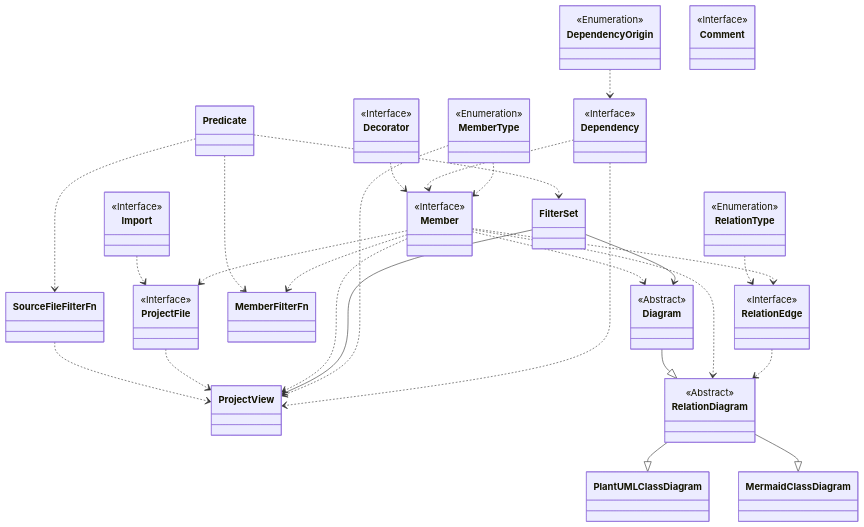
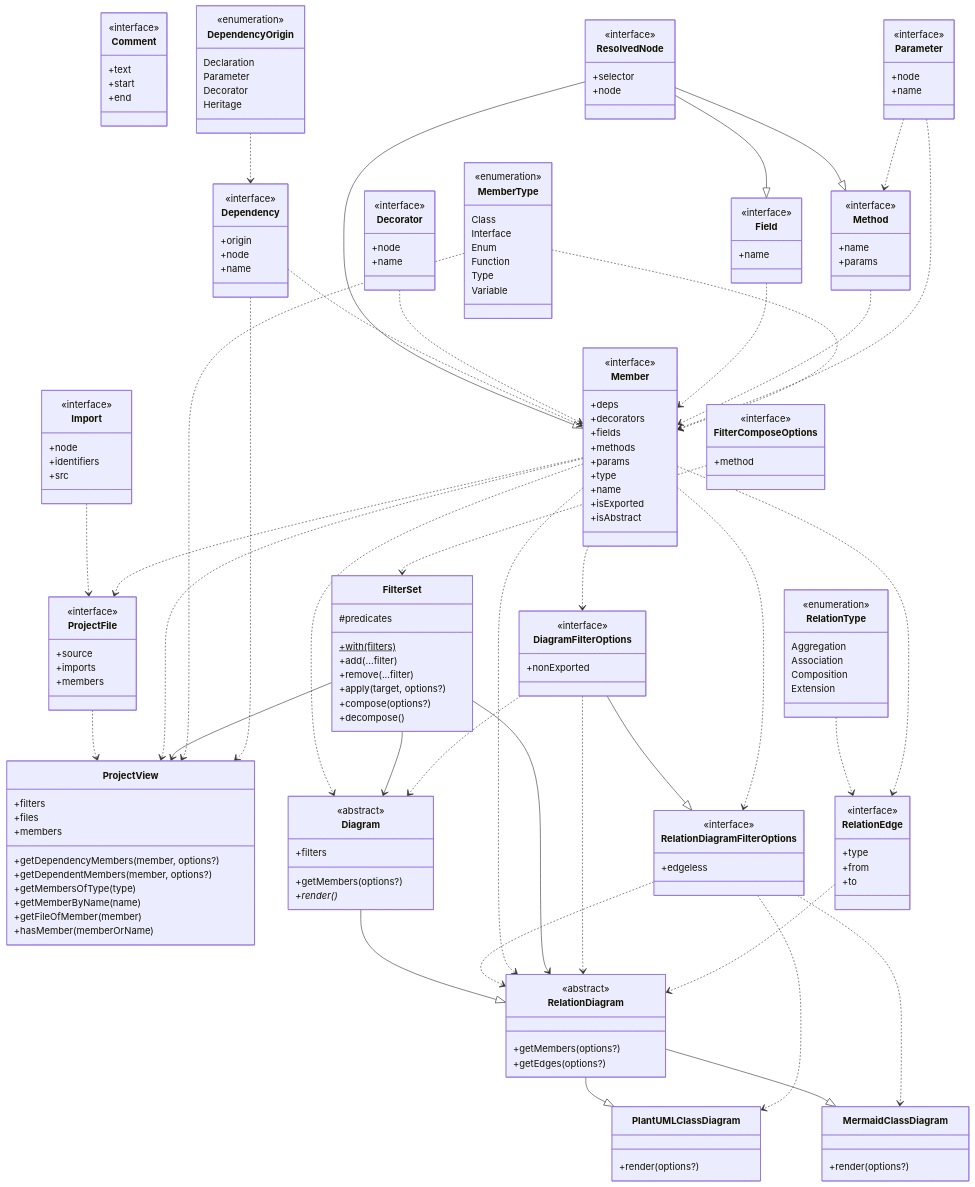
Before and after one commit to JanUnld/tsplot: the diagram in README.md, drawn with Mermaid. The commit also changed 14 other files, not shown here.

Commit message:
feat: mermaid integration and visibility rendering

````diff
--- a/README.md
+++ b/README.md
@@ -38,59 +38,155 @@
 ```mermaid
 classDiagram
-  class Import
-  <<Interface>> Import
-  class Decorator
-  <<Interface>> Decorator
-  class Dependency
-  <<Interface>> Dependency
-  class DependencyOrigin
-  <<Enumeration>> DependencyOrigin
-  class Member
-  <<Interface>> Member
-  class MemberType
-  <<Enumeration>> MemberType
-  class ProjectFile
-  <<Interface>> ProjectFile
-  class FilterSet
-  class Predicate
-  class SourceFileFilterFn
-  class MemberFilterFn
-  class ProjectView
-  class Diagram
-  <<Abstract>> Diagram
-  class RelationDiagram
-  <<Abstract>> RelationDiagram
-  class RelationEdge
-  <<Interface>> RelationEdge
-  class RelationType
-  <<Enumeration>> RelationType
-  class PlantUMLClassDiagram
-  class MermaidClassDiagram
-  class Comment
-  <<Interface>> Comment
-  DependencyOrigin ..> Dependency
-  Decorator ..> Member
-  Dependency ..> Member
-  MemberType ..> Member
-  Import ..> ProjectFile
-  Member ..> ProjectFile
-  Predicate ..> FilterSet
-  Predicate ..> SourceFileFilterFn
-  Predicate ..> MemberFilterFn
-  Member ..> MemberFilterFn
-  SourceFileFilterFn ..> ProjectView
-  ProjectFile ..> ProjectView
-  Member ..> ProjectView
-  FilterSet --> ProjectView
-  MemberType ..> ProjectView
-  Dependency ..> ProjectView
-  Member ..> Diagram
-  FilterSet --> Diagram
-  Diagram --|> RelationDiagram
-  Member ..> RelationDiagram
-  RelationEdge ..> RelationDiagram
-  RelationType ..> RelationEdge
-  Member ..> RelationEdge
-  RelationDiagram --|> PlantUMLClassDiagram
-  RelationDiagram --|> MermaidClassDiagram
+  class Import["Import"]
+  <<interface>> Import
+  Import : +node
+  Import : +identifiers
+  Import : +src
+  class Comment["Comment"]
+  <<interface>> Comment
+  Comment : +text
+  Comment : +start
+  Comment : +end
+  class ResolvedNode["ResolvedNode"]
+  <<interface>> ResolvedNode
+  ResolvedNode : +selector
+  ResolvedNode : +node
+  class Decorator["Decorator"]
+  <<interface>> Decorator
+  Decorator : +node
+  Decorator : +name
+  class Dependency["Dependency"]
+  <<interface>> Dependency
+  Dependency : +origin
+  Dependency : +node
+  Dependency : +name
+  class DependencyOrigin["DependencyOrigin"]
+  <<enumeration>> DependencyOrigin
+  DependencyOrigin : Declaration
+  DependencyOrigin : Parameter
+  DependencyOrigin : Decorator
+  DependencyOrigin : Heritage
+  class Field["Field"]
+  <<interface>> Field
+  Field : +name
+  class Parameter["Parameter"]
+  <<interface>> Parameter
+  Parameter : +node
+  Parameter : +name
+  class Method["Method"]
+  <<interface>> Method
+  Method : +name
+  Method : +params
+  class Member["Member"]
+  <<interface>> Member
+  Member : +deps
+  Member : +decorators
+  Member : +fields
+  Member : +methods
+  Member : +params
+  Member : +type
+  Member : +name
+  Member : +isExported
+  Member : +isAbstract
+  class MemberType["MemberType"]
+  <<enumeration>> MemberType
+  MemberType : Class
+  MemberType : Interface
+  MemberType : Enum
+  MemberType : Function
+  MemberType : Type
+  MemberType : Variable
+  class ProjectFile["ProjectFile"]
+  <<interface>> ProjectFile
+  ProjectFile : +source
+  ProjectFile : +imports
+  ProjectFile : +members
+  class FilterSet["FilterSet"]
+  FilterSet : #predicates
+  FilterSet : +with(filters)$
+  FilterSet : +add(...filter)
+  FilterSet : +remove(...filter)
+  FilterSet : +apply(target, options?)
+  FilterSet : +compose(options?)
+  FilterSet : +decompose()
+  class FilterComposeOptions["FilterComposeOptions"]
+  <<interface>> FilterComposeOptions
+  FilterComposeOptions : +method
+  class ProjectView["ProjectView"]
+  ProjectView : +filters
+  ProjectView : +files
+  ProjectView : +members
+  ProjectView : +getDependencyMembers(member, options?)
+  ProjectView : +getDependentMembers(member, options?)
+  ProjectView : +getMembersOfType(type)
+  ProjectView : +getMemberByName(name)
+  ProjectView : +getFileOfMember(member)
+  ProjectView : +hasMember(memberOrName)
+  class Diagram["Diagram"]
+  <<abstract>> Diagram
+  Diagram : +filters
+  Diagram : +getMembers(options?)
+  Diagram : +render()*
+  class DiagramFilterOptions["DiagramFilterOptions"]
+  <<interface>> DiagramFilterOptions
+  DiagramFilterOptions : +nonExported
+  class RelationDiagram["RelationDiagram"]
+  <<abstract>> RelationDiagram
+  RelationDiagram : +getMembers(options?)
+  RelationDiagram : +getEdges(options?)
+  class RelationEdge["RelationEdge"]
+  <<interface>> RelationEdge
+  RelationEdge : +type
+  RelationEdge : +from
+  RelationEdge : +to
+  class RelationDiagramFilterOptions["RelationDiagramFilterOptions"]
+  <<interface>> RelationDiagramFilterOptions
+  RelationDiagramFilterOptions : +edgeless
+  class RelationType["RelationType"]
+  <<enumeration>> RelationType
+  RelationType : Aggregation
+  RelationType : Association
+  RelationType : Composition
+  RelationType : Extension
+  class PlantUMLClassDiagram["PlantUMLClassDiagram"]
+  PlantUMLClassDiagram : +render(options?)
+  class MermaidClassDiagram["MermaidClassDiagram"]
+  MermaidClassDiagram : +render(options?)
+  DependencyOrigin..>Dependency
+  ResolvedNode--|>Field
+  ResolvedNode--|>Method
+  Parameter..>Method
+  ResolvedNode--|>Member
+  Dependency..>Member
+  Decorator..>Member
+  Field..>Member
+  Method..>Member
+  Parameter..>Member
+  MemberType..>Member
+  Import..>ProjectFile
+  Member..>ProjectFile
+  FilterComposeOptions..>FilterSet
+  ProjectFile..>ProjectView
+  Member..>ProjectView
+  FilterSet-->ProjectView
+  MemberType..>ProjectView
+  Dependency..>ProjectView
+  Member..>Diagram
+  FilterSet-->Diagram
+  DiagramFilterOptions..>Diagram
+  Member..>DiagramFilterOptions
+  Diagram--|>RelationDiagram
+  RelationDiagramFilterOptions..>RelationDiagram
+  Member..>RelationDiagram
+  FilterSet-->RelationDiagram
+  DiagramFilterOptions..>RelationDiagram
+  RelationEdge..>RelationDiagram
+  RelationType..>RelationEdge
+  Member..>RelationEdge
+  DiagramFilterOptions--|>RelationDiagramFilterOptions
+  Member..>RelationDiagramFilterOptions
+  RelationDiagram--|>PlantUMLClassDiagram
+  RelationDiagramFilterOptions..>PlantUMLClassDiagram
+  RelationDiagram--|>MermaidClassDiagram
+  RelationDiagramFilterOptions..>MermaidClassDiagram
 ```
````
